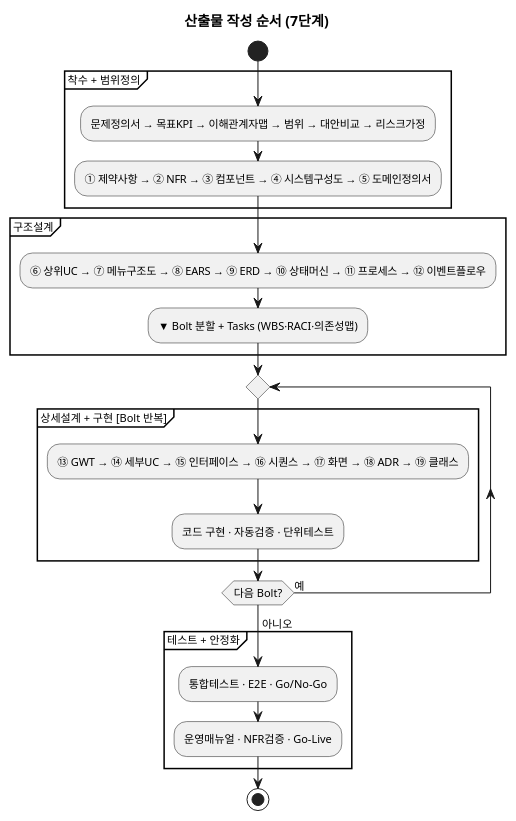
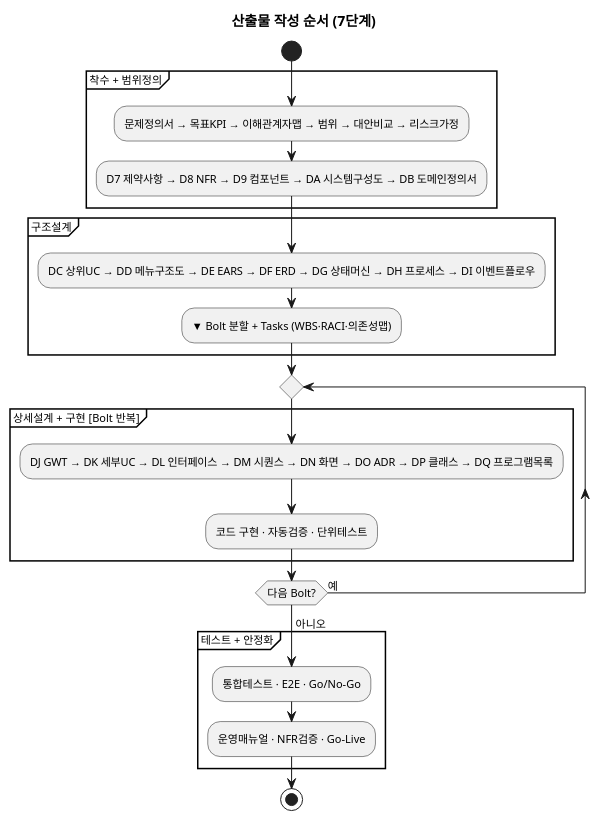
Before and after one commit to parknahyun/runNShop: the second of 2 diagrams in docs/방법론/AI활용_개발방법론_산출물_흐름.md, drawn with PlantUML. The commit also changed other lines of this file and 47 other files, not shown here.

````diff
--- a/docs/방법론/AI활용_개발방법론_산출물_흐름.md
+++ b/docs/방법론/AI활용_개발방법론_산출물_흐름.md
@@ -183,34 +184,34 @@
 ```plantuml
 @startuml
 skinparam backgroundColor transparent
 skinparam defaultFontSize 11
 title 산출물 작성 순서 (7단계)
 
 start
 
 partition "착수 + 범위정의" {
   :문제정의서 → 목표KPI → 이해관계자맵 → 범위 → 대안비교 → 리스크가정;
-  :① 제약사항 → ② NFR → ③ 컴포넌트 → ④ 시스템구성도 → ⑤ 도메인정의서;
+  :D7 제약사항 → D8 NFR → D9 컴포넌트 → DA 시스템구성도 → DB 도메인정의서;
 }
 
 partition "구조설계" {
-  :⑥ 상위UC → ⑦ 메뉴구조도 → ⑧ EARS → ⑨ ERD → ⑩ 상태머신 → ⑪ 프로세스 → ⑫ 이벤트플로우;
+  :DC 상위UC → DD 메뉴구조도 → DE EARS → DF ERD → DG 상태머신 → DH 프로세스 → DI 이벤트플로우;
   :▼ Bolt 분할 + Tasks (WBS·RACI·의존성맵);
 }
 
 repeat
   partition "상세설계 + 구현 [Bolt 반복]" {
-    :⑬ GWT → ⑭ 세부UC → ⑮ 인터페이스 → ⑯ 시퀀스 → ⑰ 화면 → ⑱ ADR → ⑲ 클래스;
+    :DJ GWT → DK 세부UC → DL 인터페이스 → DM 시퀀스 → DN 화면 → DO ADR → DP 클래스 → DQ 프로그램목록;
     :코드 구현 · 자동검증 · 단위테스트;
   }
 repeat while (다음 Bolt?) is (예)
 ->아니오;
 
 partition "테스트 + 안정화" {
   :통합테스트 · E2E · Go/No-Go;
   :운영매뉴얼 · NFR검증 · Go-Live;
 }
 stop
 
 @enduml
 ```
````
